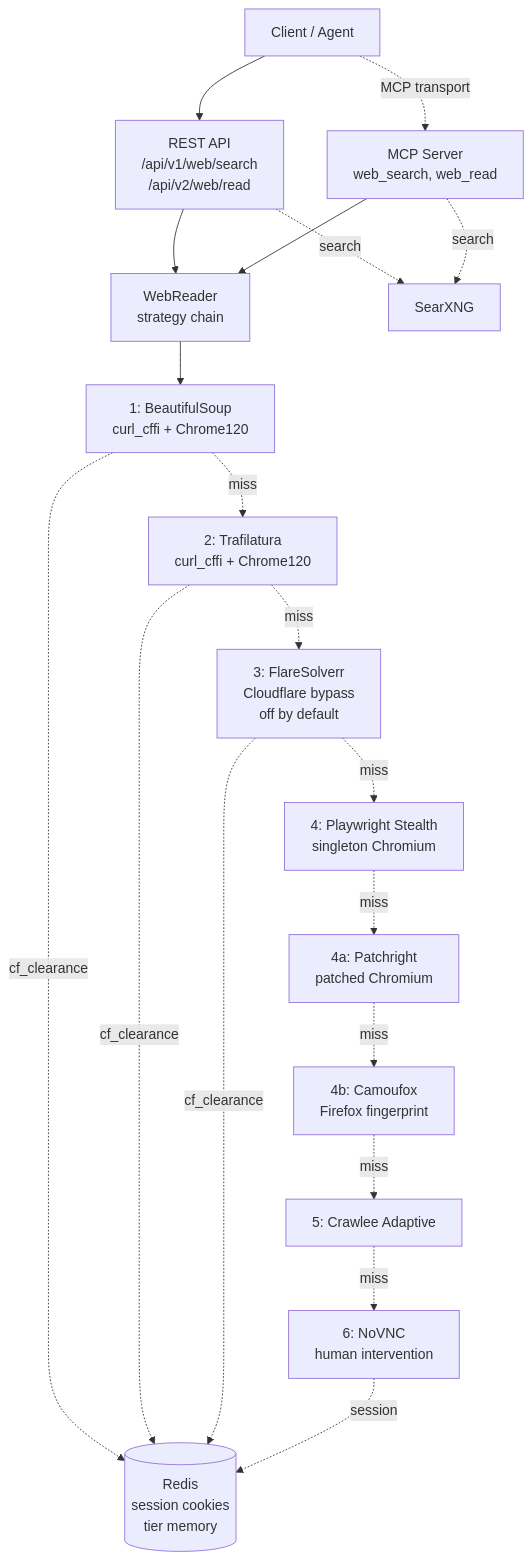
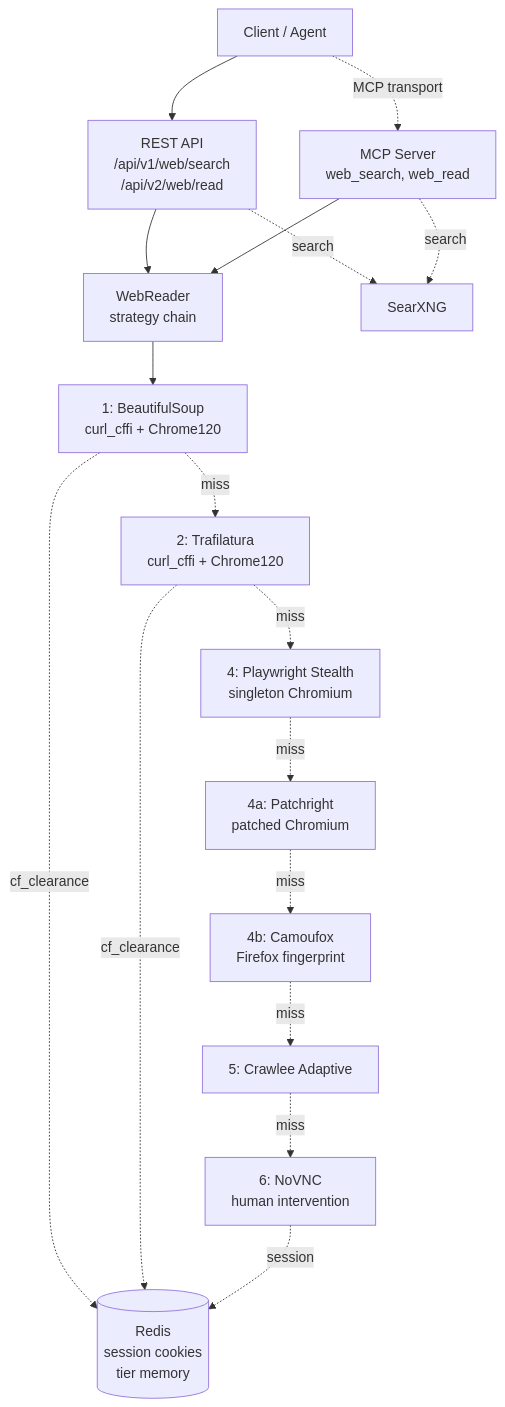
The diagram in apps/ascend-web-hunter/README.md (Lukk17/AscendAI), drawn with Mermaid before and after one commit. The commit also changed other lines of this file and 84 other files, not shown here.

Commit message:
feat(web-hunter): remove the FlareSolverr tier

````diff
--- a/apps/ascend-web-hunter/README.md
+++ b/apps/ascend-web-hunter/README.md
@@ -66,34 +66,32 @@
 ```mermaid
 graph TB
     Client[Client / Agent]
     REST[REST API<br/>/api/v1/web/search<br/>/api/v2/web/read]
     MCP[MCP Server<br/>web_search, web_read]
     Reader[WebReader<br/>strategy chain]
     BS[1: BeautifulSoup<br/>curl_cffi + Chrome120]
     TR[2: Trafilatura<br/>curl_cffi + Chrome120]
-    FS[3: FlareSolverr<br/>Cloudflare bypass<br/>off by default]
     PW[4: Playwright Stealth<br/>singleton Chromium]
     PR[4a: Patchright<br/>patched Chromium]
     CF[4b: Camoufox<br/>Firefox fingerprint]
     CR[5: Crawlee Adaptive]
     NV[6: NoVNC<br/>human intervention]
     Redis[(Redis<br/>session cookies<br/>tier memory)]
     SX[SearXNG]
 
     Client --> REST
     Client -.MCP transport.-> MCP
     REST --> Reader
     MCP --> Reader
     Reader --> BS
     BS -.miss.-> TR
-    TR -.miss.-> FS
-    FS -.miss.-> PW
+    TR -.miss.-> PW
     PW -.miss.-> PR
     PR -.miss.-> CF
     CF -.miss.-> CR
     CR -.miss.-> NV
-    BS & TR & FS -.cf_clearance.-> Redis
+    BS & TR -.cf_clearance.-> Redis
     NV -.session.-> Redis
     REST -.search.-> SX
     MCP -.search.-> SX
 ```
````
